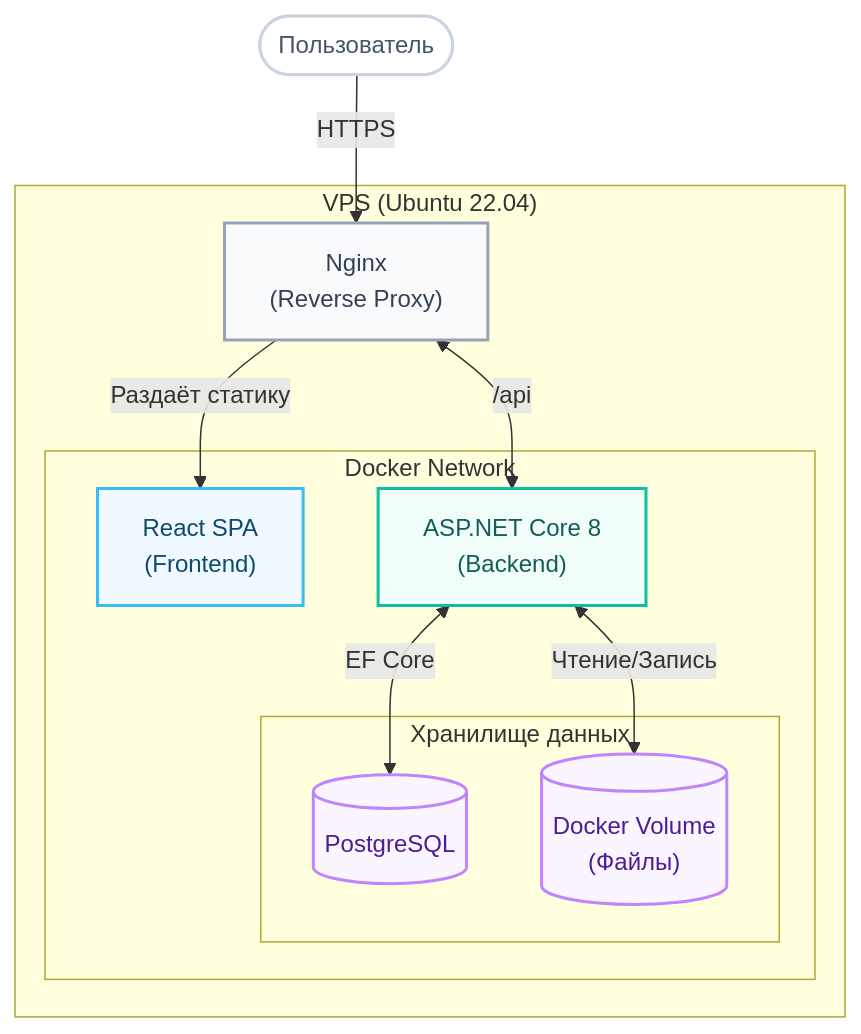
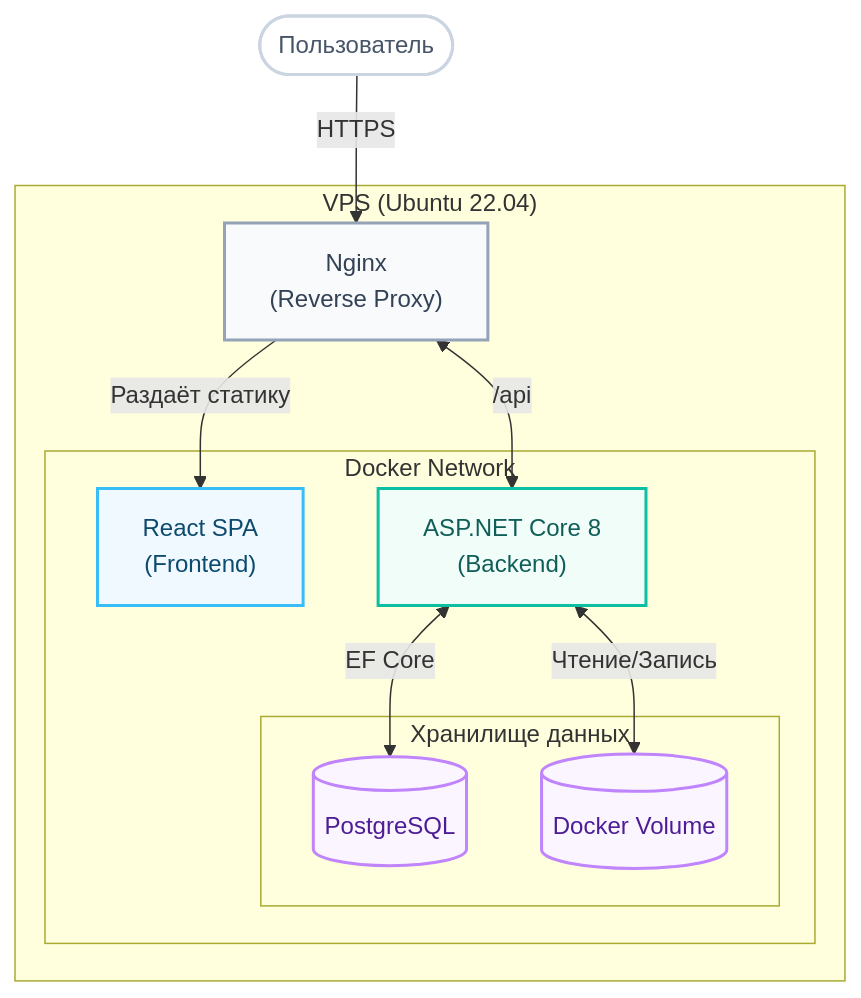
The diagram in README.md (Digital-SGN/StudentCouncilPlatform), drawn with Mermaid before and after one commit.

````diff
--- a/README.md
+++ b/README.md
@@ -60,37 +60,37 @@
 ```mermaid
 flowchart TD
     User([Пользователь])
     
     subgraph VPS ["VPS (Ubuntu 22.04)"]
         Nginx["Nginx<br/>(Reverse Proxy)"]
         
         subgraph Docker ["Docker Network"]
             Frontend["React SPA<br/>(Frontend)"]
             Backend["ASP.NET Core 8<br/>(Backend)"]
             
             subgraph Storage ["Хранилище данных"]
                 DB[("PostgreSQL")]
-                Vol[("Docker Volume<br/>(Файлы)")]
+                Vol[("Docker Volume")]
             end
         end
     end
 
     User -->|HTTPS| Nginx
     Nginx -->|Раздаёт статику| Frontend
     Nginx <-->|/api| Backend
     
     Backend <-->|EF Core| DB
     Backend <-->|Чтение/Запись| Vol
 
     classDef user fill:#ffffff,stroke:#cbd5e1,stroke-width:2px,color:#475569;
     classDef frontend fill:#f0f9ff,stroke:#38bdf8,stroke-width:2px,color:#0c4a6e;
     classDef backend fill:#f0fdf9,stroke:#0CBFA1,stroke-width:2px,color:#115e59;
     classDef database fill:#faf5ff,stroke:#c084fc,stroke-width:2px,color:#4c1d95;
     classDef infra fill:#f8fafc,stroke:#94a3b8,stroke-width:2px,color:#334155;
 
     class User user;
     class Nginx infra;
     class Frontend frontend;
     class Backend backend;
     class DB,Vol database;
 ```
````
